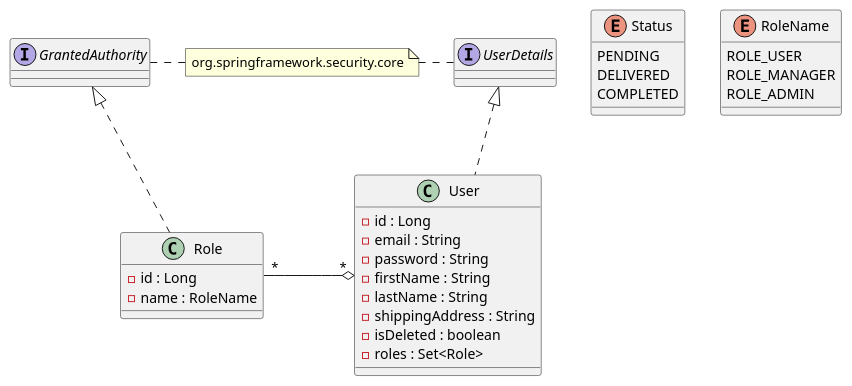
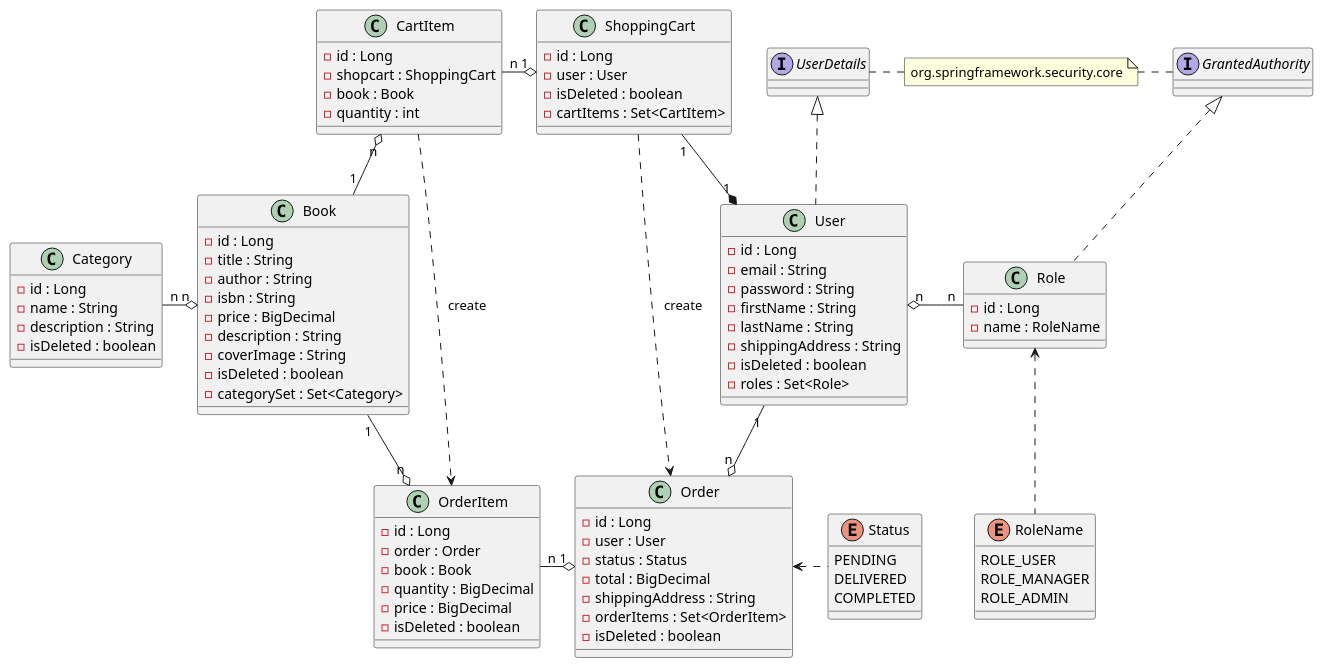
The diagram in uml.puml (yanna-stepanova/OnlineBookStore), drawn with PlantUML before and after one commit. The commit also changed 1 other file, not shown here.

Commit message:
continue to create UML

```diff
--- a/uml.puml
+++ b/uml.puml
@@ -1,41 +1,112 @@
 @startuml
-skinparam groupInterface 2
 
-interface UserDetails
-interface GrantedAuthority
-
-class Role implements GrantedAuthority {
+class Category {
 - id : Long
-- name : RoleName
+- name : String
+- description : String
+- isDeleted : boolean
 }
 
-class User implements UserDetails {
+class CartItem {
+- id : Long
+- shopcart : ShoppingCart
+- book : Book
+- quantity : int
+}
+
+class ShoppingCart {
+- id : Long
+- user : User
+- isDeleted : boolean
+- cartItems : Set<CartItem>
+}
+
+class Book {
+- id : Long
+- title : String
+- author : String
+- isbn : String
+- price : BigDecimal
+- description : String
+- coverImage : String
+- isDeleted : boolean
+- categorySet : Set<Category>
+}
+
+class User {
 - id : Long
 - email : String
 - password : String
 - firstName : String
 - lastName : String
 - shippingAddress : String
 - isDeleted : boolean
 - roles : Set<Role>
 }
+
+class OrderItem {
+- id : Long
+- order : Order
+- book : Book
+- quantity : BigDecimal
+- price : BigDecimal
+- isDeleted : boolean
+}
+
+
+
+
+
+
+
+
+interface UserDetails
+interface GrantedAuthority
+
+class Role {
+- id : Long
+- name : RoleName
+}
+
+class Order {
+- id : Long
+- user : User
+- status : Status
+- total : BigDecimal
+- shippingAddress : String
+- orderItems : Set<OrderItem>
+- isDeleted : boolean
+}
+
 
 enum Status {
 PENDING
 DELIVERED
 COMPLETED
 }
 
 enum RoleName {
 ROLE_USER
 ROLE_MANAGER
 ROLE_ADMIN
 }
 
-Role "*" -o "*" User
+Category "n" -o "n" Book
+CartItem "n" o-- "1" Book
+CartItem "n" -o "1" ShoppingCart
+ShoppingCart "1" --* "1" User
+Book "1" --o "n" OrderItem
+OrderItem "n" -o "1" Order
+User "1" --o "n" Order
+CartItem ...> OrderItem : create
+ShoppingCart ...> Order : create
+User "n" o- "n" Role
+UserDetails <|.. User
+GrantedAuthority <|.. Role
+note "org.springframework.security.core" as MyNote
+MyNote . GrantedAuthority
+UserDetails . MyNote
+Role <.. RoleName
+Order <. Status
 
-
-note "org.springframework.security.core" as MyNote
-MyNote . UserDetails
-GrantedAuthority . MyNote
 @enduml
```
